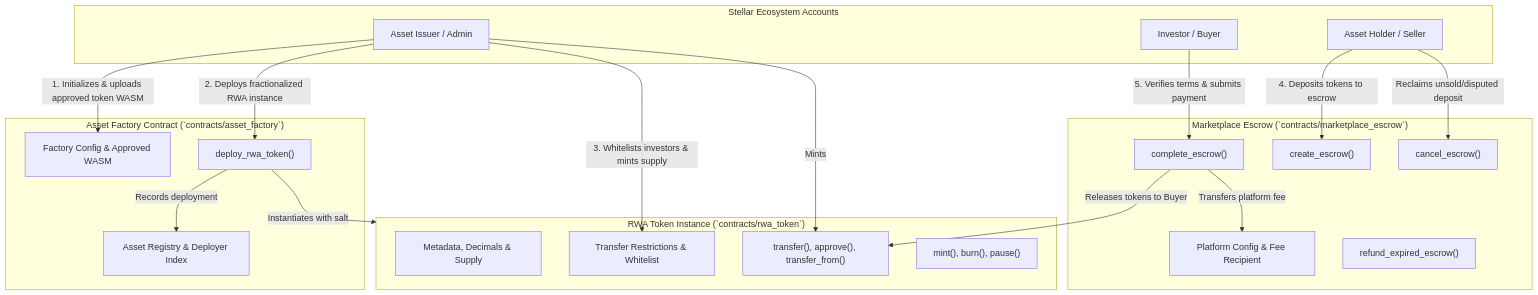
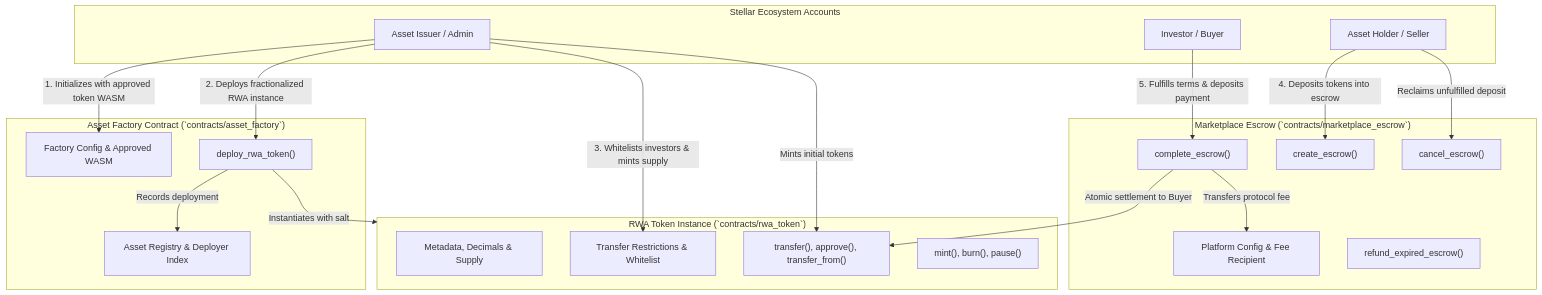
Before and after one commit to AegisMint-Labs/aegismint-contract: the diagram in README.md, drawn with Mermaid. The commit also changed other lines of this file and 1 other file, not shown here.

Commit message:
docs(contracts): update README and CONTRIBUTING with architecture diagram and clean formatting

````diff
--- a/README.md
+++ b/README.md
@@ -13,43 +43,43 @@
 ```mermaid
 flowchart TD
     subgraph Users["Stellar Ecosystem Accounts"]
         Issuer["Asset Issuer / Admin"]
         Buyer["Investor / Buyer"]
         Seller["Asset Holder / Seller"]
     end
 
     subgraph Factory["Asset Factory Contract (`contracts/asset_factory`)"]
         FactoryInit["Factory Config & Approved WASM"]
         DeployRWA["deploy_rwa_token()"]
         Registry["Asset Registry & Deployer Index"]
     end
 
     subgraph Token["RWA Token Instance (`contracts/rwa_token`)"]
         TokenState["Metadata, Decimals & Supply"]
         Compliance["Transfer Restrictions & Whitelist"]
         Operations["transfer(), approve(), transfer_from()"]
         AdminActions["mint(), burn(), pause()"]
     end
 
     subgraph Marketplace["Marketplace Escrow (`contracts/marketplace_escrow`)"]
         EscrowInit["Platform Config & Fee Recipient"]
         CreateEscrow["create_escrow()"]
         CompleteEscrow["complete_escrow()"]
         CancelEscrow["cancel_escrow()"]
         RefundExpired["refund_expired_escrow()"]
     end
 
-    Issuer -->|"1. Initializes & uploads approved token WASM"| FactoryInit
+    Issuer -->|"1. Initializes with approved token WASM"| FactoryInit
     Issuer -->|"2. Deploys fractionalized RWA instance"| DeployRWA
     DeployRWA -->|"Instantiates with salt"| Token
     DeployRWA -->|"Records deployment"| Registry
 
     Issuer -->|"3. Whitelists investors & mints supply"| Compliance
-    Issuer -->|"Mints"| Operations
+    Issuer -->|"Mints initial tokens"| Operations
 
-    Seller -->|"4. Deposits tokens to escrow"| CreateEscrow
-    Buyer -->|"5. Verifies terms & submits payment"| CompleteEscrow
-    CompleteEscrow -->|"Releases tokens to Buyer"| Operations
-    CompleteEscrow -->|"Transfers platform fee"| EscrowInit
-    Seller -->|"Reclaims unsold/disputed deposit"| CancelEscrow
+    Seller -->|"4. Deposits tokens into escrow"| CreateEscrow
+    Buyer -->|"5. Fulfills terms & deposits payment"| CompleteEscrow
+    CompleteEscrow -->|"Atomic settlement to Buyer"| Operations
+    CompleteEscrow -->|"Transfers protocol fee"| EscrowInit
+    Seller -->|"Reclaims unfulfilled deposit"| CancelEscrow
 ```
````
